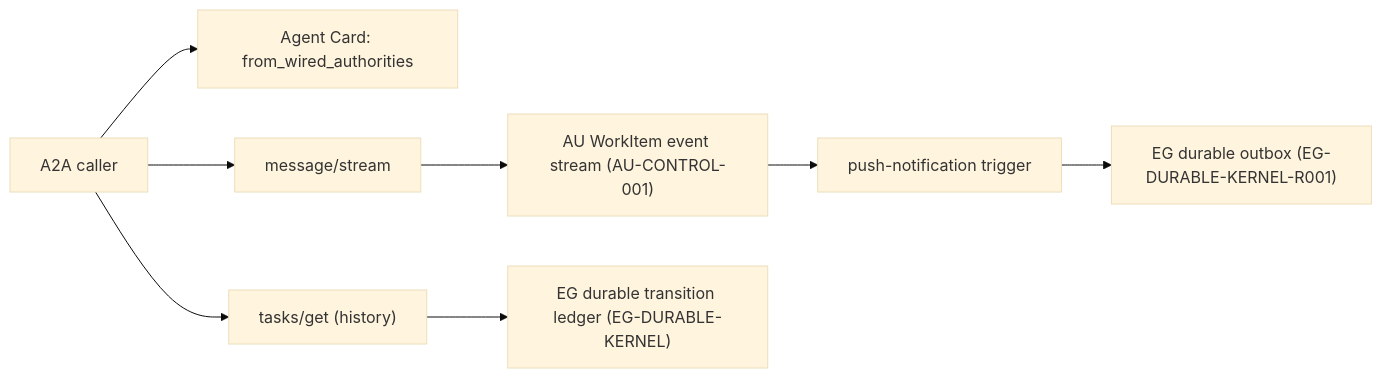
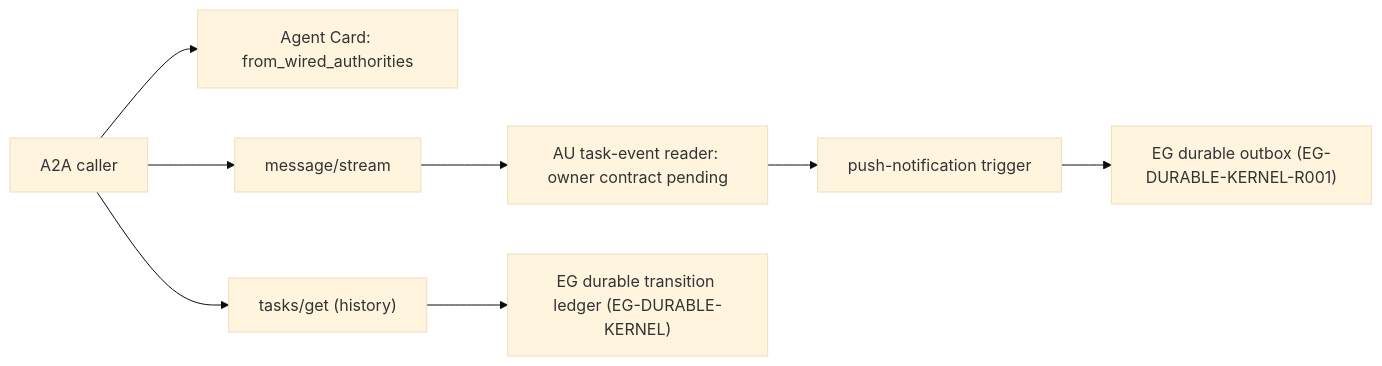
The second of 4 diagrams in specs/a2a/plan.md (Knuckles-Team/arbora), drawn with Mermaid (base theme) before and after one commit. The commit also changed other lines of this file and 5 other files, not shown here.

````diff
--- a/specs/a2a/plan.md
+++ b/specs/a2a/plan.md
@@ -51,10 +51,10 @@
 ```mermaid
 flowchart LR
   C[A2A caller] --> AC[Agent Card: from_wired_authorities]
   C --> S[message/stream]
   C --> G["tasks/get (history)"]
-  S --> AU["AU WorkItem event stream (AU-CONTROL-001)"]
+  S --> AU["AU task-event reader: owner contract pending"]
   G --> EG["EG durable transition ledger (EG-DURABLE-KERNEL)"]
   AU --> PN[push-notification trigger]
   PN --> OB["EG durable outbox (EG-DURABLE-KERNEL-R001)"]
 ```
````
